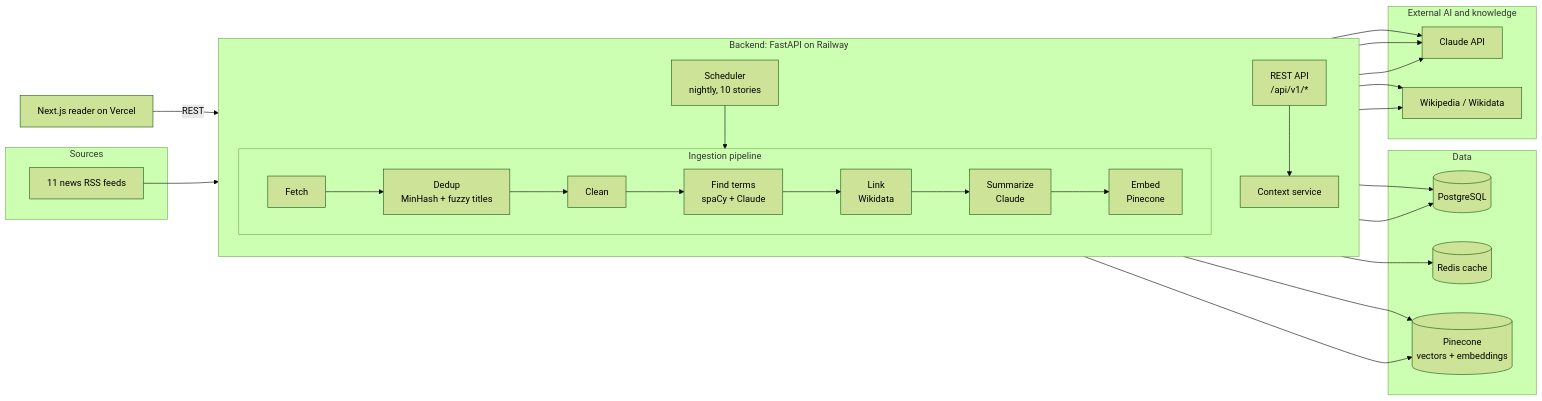
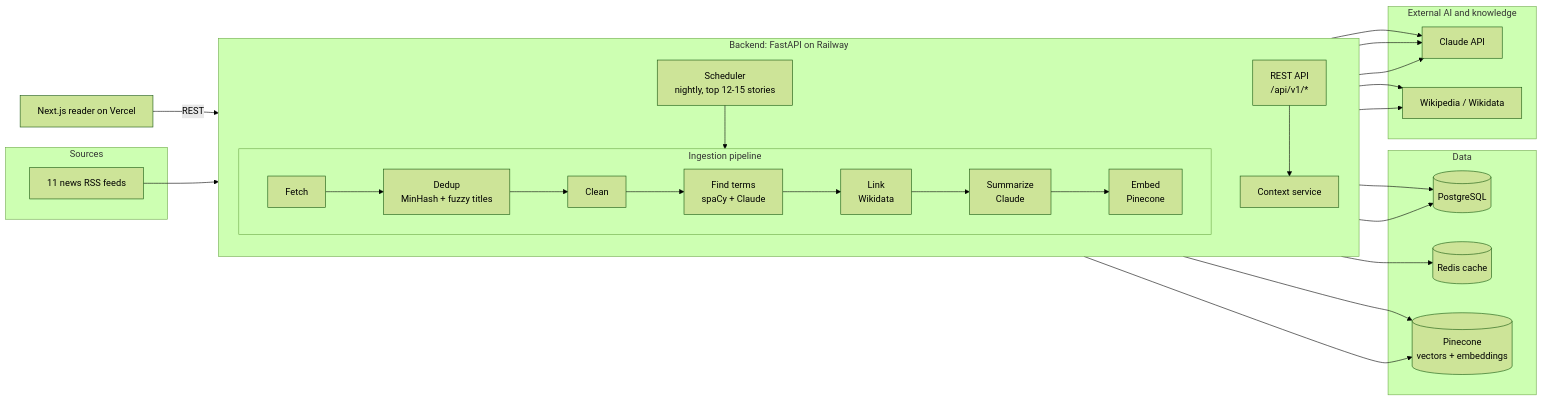
The diagram in README.md (juyal-devashish/Sama4), drawn with Mermaid (forest theme) before and after one commit. The commit also changed other lines of this file and 12 other files, not shown here.

````diff
--- a/README.md
+++ b/README.md
@@ -38,37 +38,37 @@
 ```mermaid
 flowchart LR
     subgraph Sources
         RSS[11 news RSS feeds]
     end
 
     subgraph Backend["Backend: FastAPI on Railway"]
         direction TB
-        SCHED[Scheduler<br/>nightly, 10 stories] --> PIPE
+        SCHED[Scheduler<br/>nightly, top 12-15 stories] --> PIPE
         subgraph PIPE[Ingestion pipeline]
             direction LR
             F[Fetch] --> D[Dedup<br/>MinHash + fuzzy titles] --> C[Clean] --> N[Find terms<br/>spaCy + Claude] --> L[Link<br/>Wikidata] --> S[Summarize<br/>Claude] --> E[Embed<br/>Pinecone]
         end
         API[REST API<br/>/api/v1/*] --> SVC[Context service]
     end
 
     subgraph Data
         PG[(PostgreSQL)]
         RD[(Redis cache)]
         PC[(Pinecone<br/>vectors + embeddings)]
     end
 
     subgraph AI["External AI and knowledge"]
         CL[Claude API]
         WK[Wikipedia / Wikidata]
     end
 
     WEB[Next.js reader on Vercel] -->|REST| API
     RSS --> F
     PIPE --> PG
     E --> PC
     SVC --> RD
     SVC --> PG
     SVC --> PC
     N & S & SVC --> CL
     L & SVC --> WK
 ```
````
